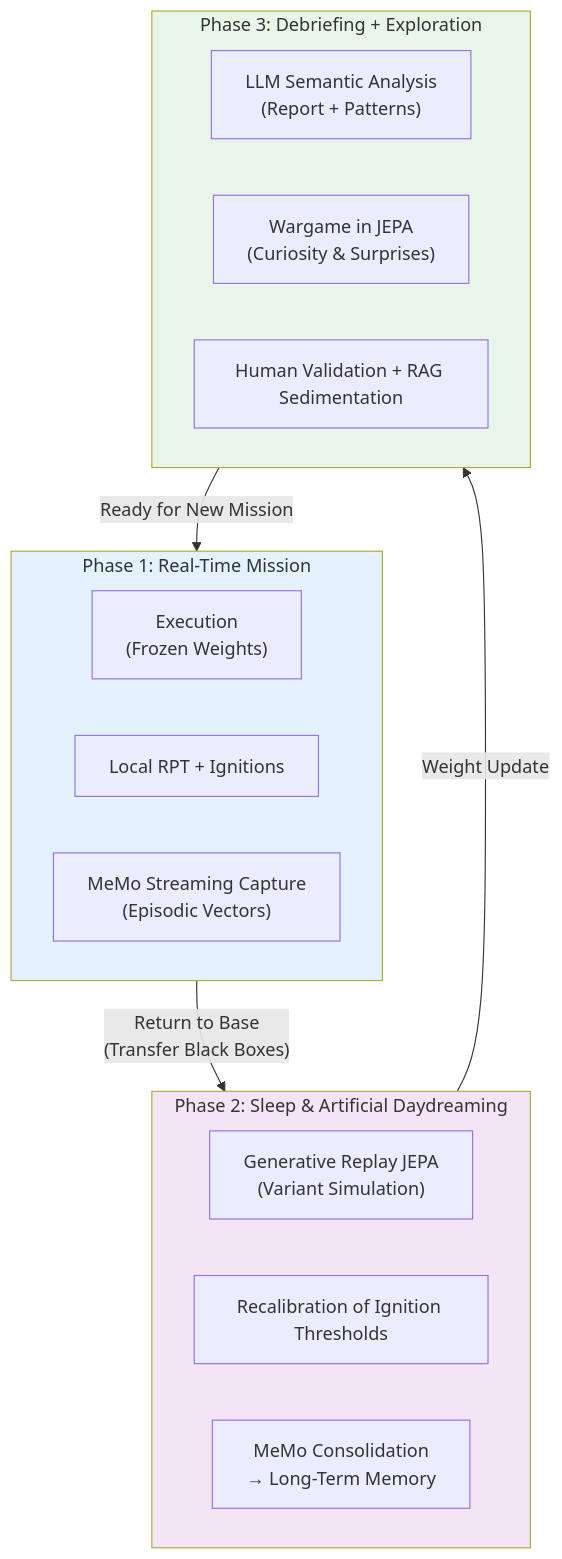
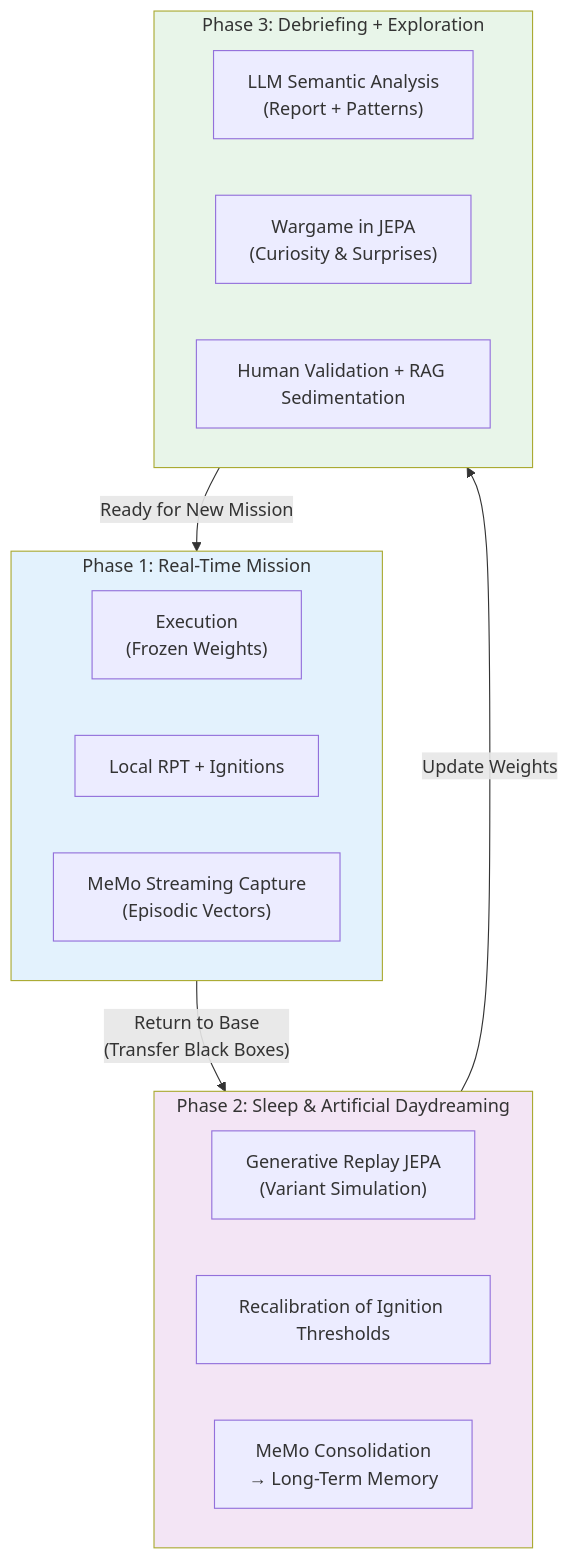
The second of 2 diagrams in mvp/mvp.md (AlainCo/GNWT-Garrigue-X-en), drawn with Mermaid before and after one commit. The commit also changed other lines of this file and 24 other files, not shown here.

````diff
--- a/mvp/mvp.md
+++ b/mvp/mvp.md
@@ -86,33 +86,33 @@
 ```mermaid
 flowchart TD
     subgraph Phase1 ["Phase 1: Real-Time Mission"]
         A["Execution<br>(Frozen Weights)"]
         B["Local RPT + Ignitions"]
         C["MeMo Streaming Capture<br>(Episodic Vectors)"]
     end
 
     Phase1 -->|"Return to Base<br>(Transfer Black Boxes)"| Phase2
 
     subgraph Phase2 ["Phase 2: Sleep & Artificial Daydreaming"]
         D["Generative Replay JEPA<br>(Variant Simulation)"]
         E["Recalibration of Ignition Thresholds"]
         F["MeMo Consolidation<br>→ Long-Term Memory"]
     end
 
-    Phase2 -->|"Weight Update"| Phase3
+    Phase2 -->|"Update Weights"| Phase3
 
     subgraph Phase3 ["Phase 3: Debriefing + Exploration"]
         G["LLM Semantic Analysis<br>(Report + Patterns)"]
         H["Wargame in JEPA<br>(Curiosity & Surprises)"]
         I["Human Validation + RAG Sedimentation"]
     end
 
     Phase3 -->|"Ready for New Mission"| Phase1
 
     classDef mission fill:#e3f2fd
     classDef sommeil fill:#f3e5f5
     classDef debrief fill:#e8f5e9
     class Phase1 mission
     class Phase2 sommeil
     class Phase3 debrief
 ```
````
